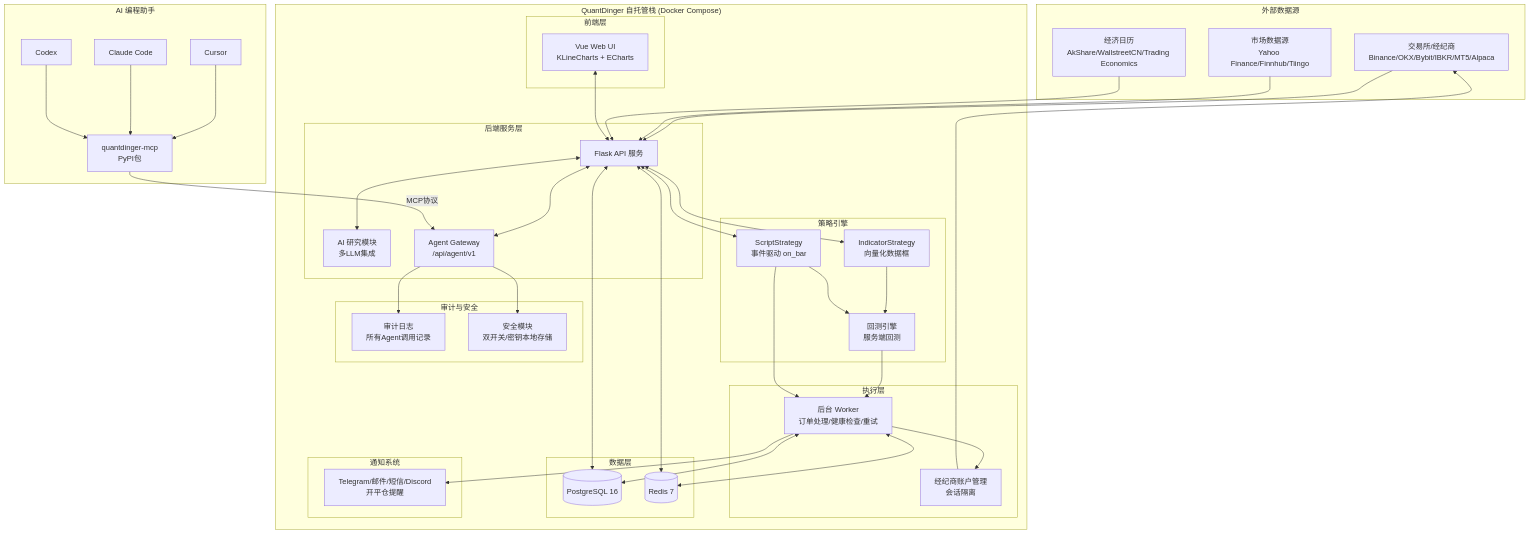
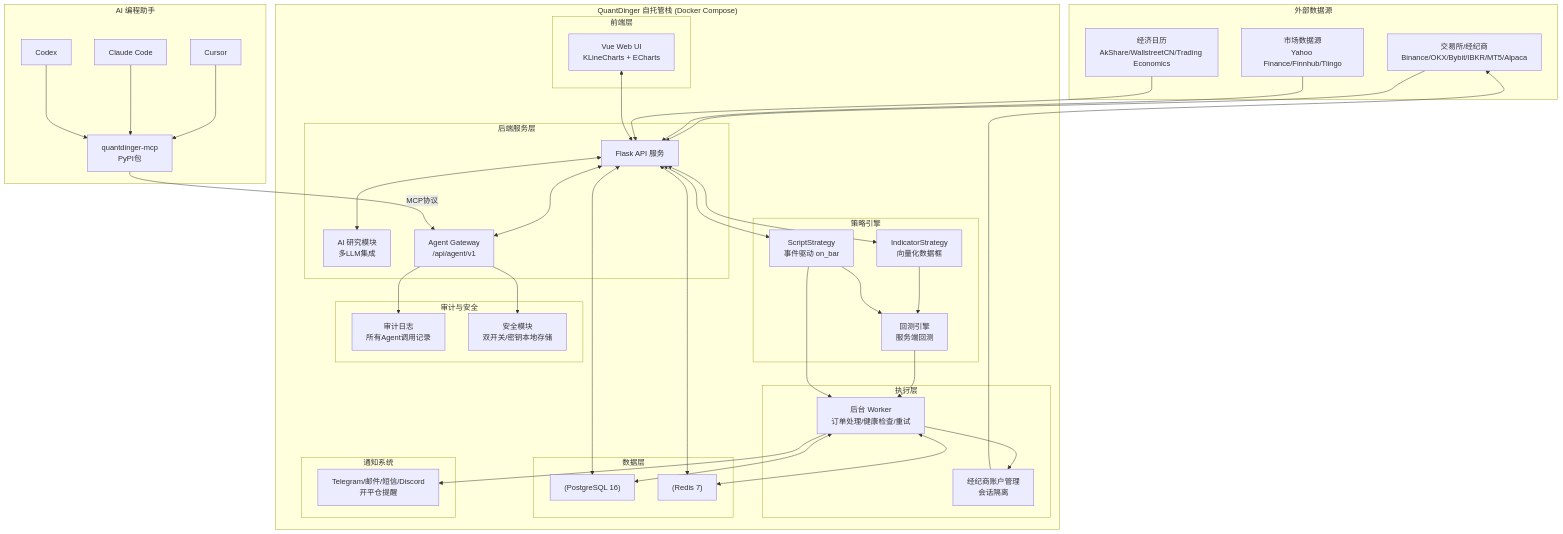
One commit to xinetzone/SpecWeave changed the diagram in docs/knowledge/learning/quantdinger-ai-trading-wiki.md. Above: the diagram before and after it, drawn with Mermaid. The commit also changed 107 other files, not shown here.

First line of the commit message:
style(mermaid): check-mermaid --fix自动修复-移除空行+补充引号+subgraph标签

````diff
--- a/docs/knowledge/learning/quantdinger-ai-trading-wiki.md
+++ b/docs/knowledge/learning/quantdinger-ai-trading-wiki.md
@@ -208,78 +208,69 @@
 ```mermaid
 graph TB
     subgraph "外部数据源"
-        EX[交易所/经纪商<br/>Binance/OKX/Bybit/IBKR/MT5/Alpaca]
-        MD[市场数据源<br/>Yahoo Finance/Finnhub/Tiingo]
-        EC[经济日历<br/>AkShare/WallstreetCN/Trading Economics]
+        EX["交易所/经纪商<br/>Binance/OKX/Bybit/IBKR/MT5/Alpaca"]
+        MD["市场数据源<br/>Yahoo Finance/Finnhub/Tiingo"]
+        EC["经济日历<br/>AkShare/WallstreetCN/Trading Economics"]
     end
-
     subgraph "QuantDinger 自托管栈 (Docker Compose)"
         subgraph "前端层"
-            FE[Vue Web UI<br/>KLineCharts + ECharts]
+            FE["Vue Web UI<br/>KLineCharts + ECharts"]
         end
-
         subgraph "后端服务层"
-            API[Flask API 服务]
-            AI[AI 研究模块<br/>多LLM集成]
-            MCP[Agent Gateway<br/>/api/agent/v1]
+            API["Flask API 服务"]
+            AI["AI 研究模块<br/>多LLM集成"]
+            MCP["Agent Gateway<br/>/api/agent/v1"]
         end
-
         subgraph "策略引擎"
-            IS[IndicatorStrategy<br/>向量化数据框]
-            SS[ScriptStrategy<br/>事件驱动 on_bar]
-            BT[回测引擎<br/>服务端回测]
+            IS["IndicatorStrategy<br/>向量化数据框"]
+            SS["ScriptStrategy<br/>事件驱动 on_bar"]
+            BT["回测引擎<br/>服务端回测"]
         end
-
         subgraph "执行层"
-            WORKER[后台 Worker<br/>订单处理/健康检查/重试]
-            BROKER[经纪商账户管理<br/>会话隔离]
+            WORKER["后台 Worker<br/>订单处理/健康检查/重试"]
+            BROKER["经纪商账户管理<br/>会话隔离"]
         end
-
         subgraph "数据层"
-            PG[(PostgreSQL 16)]
-            RD[(Redis 7)]
+            PG["(PostgreSQL 16)"]
+            RD["(Redis 7)"]
         end
-
         subgraph "通知系统"
-            NT[Telegram/邮件/短信/Discord<br/>开平仓提醒]
+            NT["Telegram/邮件/短信/Discord<br/>开平仓提醒"]
         end
-
         subgraph "审计与安全"
-            AUDIT[审计日志<br/>所有Agent调用记录]
-            SEC[安全模块<br/>双开关/密钥本地存储]
+            AUDIT["审计日志<br/>所有Agent调用记录"]
+            SEC["安全模块<br/>双开关/密钥本地存储"]
         end
     end
-
     subgraph "AI 编程助手"
         CURSOR[Cursor]
-        CLAUDE[Claude Code]
+        CLAUDE["Claude Code"]
         CODEX[Codex]
-        UVX[quantdinger-mcp<br/>PyPI包]
+        UVX["quantdinger-mcp<br/>PyPI包"]
     end
-
     EX --> API
     MD --> API
     EC --> API
     FE <--> API
     API <--> AI
     API <--> MCP
     API <--> IS
     API <--> SS
     IS --> BT
     SS --> BT
     BT --> WORKER
     SS --> WORKER
     WORKER --> BROKER
     BROKER --> EX
     API <--> PG
     API <--> RD
     WORKER <--> PG
     WORKER <--> RD
     WORKER --> NT
     MCP --> AUDIT
     MCP --> SEC
     CURSOR --> UVX
     CLAUDE --> UVX
     CODEX --> UVX
-    UVX -->|MCP协议| MCP
+    UVX -->|"MCP协议"| MCP
 ```
````
